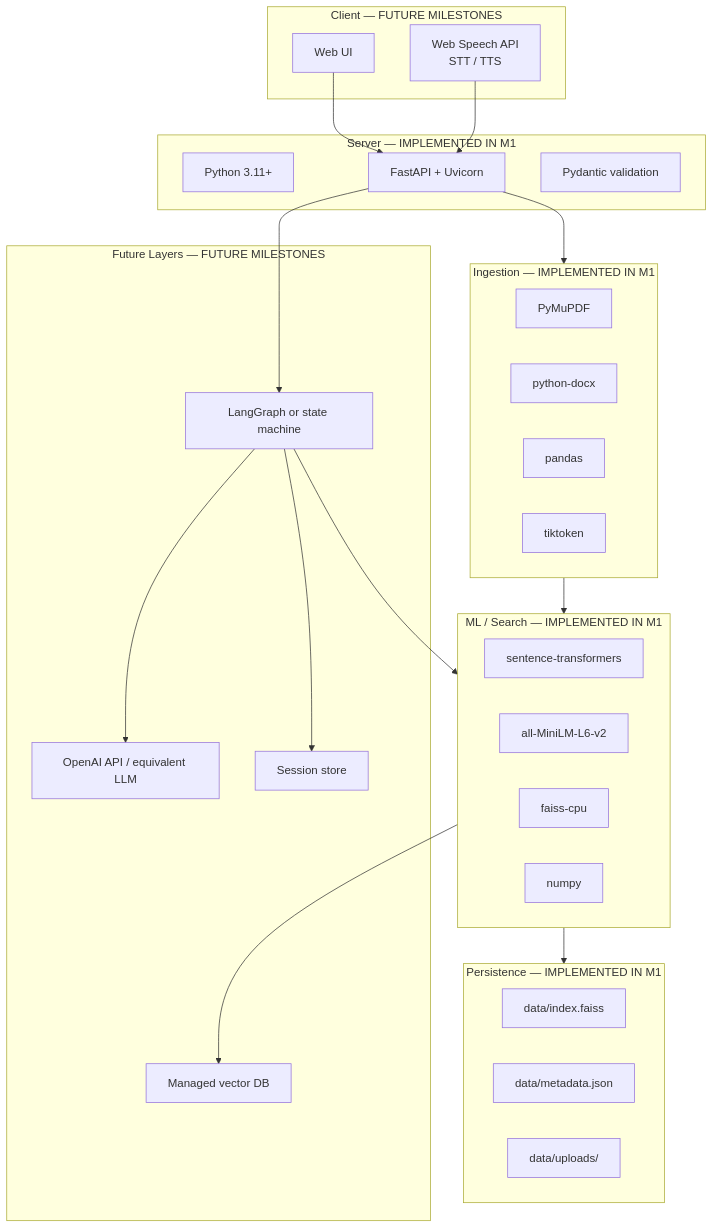
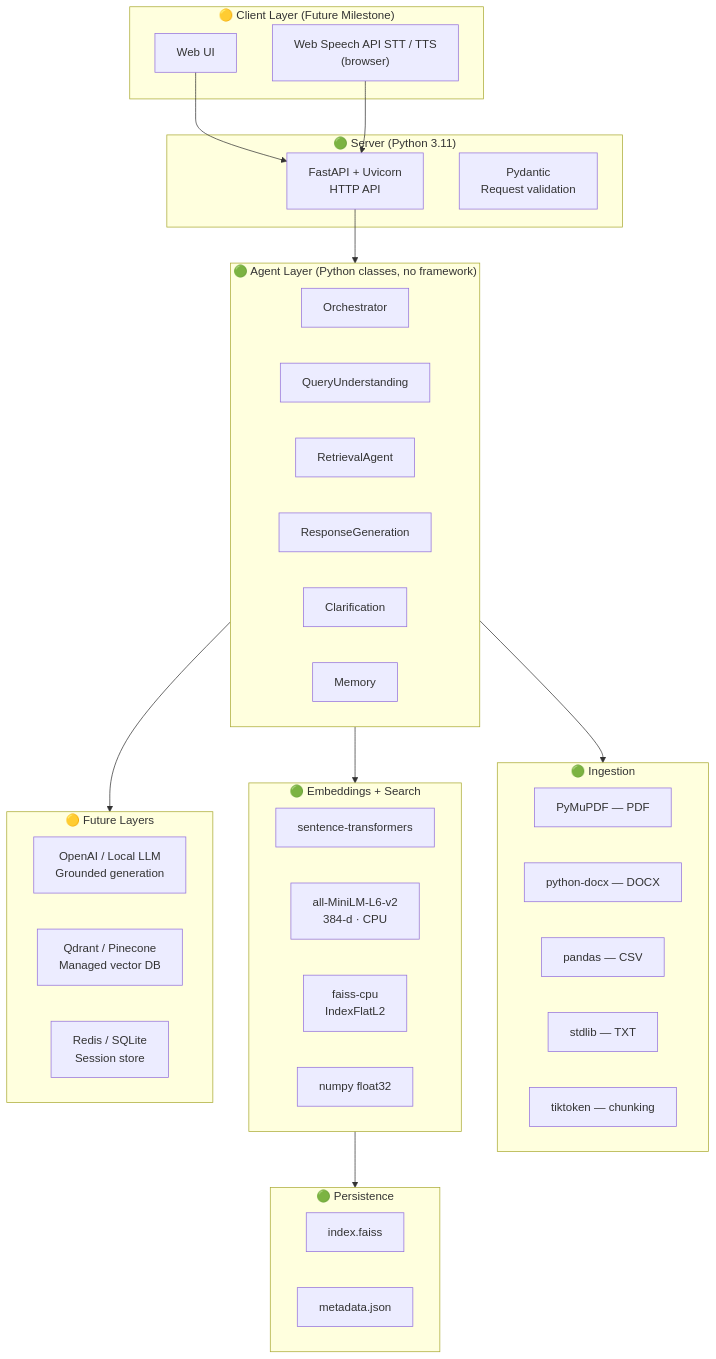
One commit to Jhansi1717/rag-multi-agent-knowledge-assistant changed the diagram in docs/tech-stack.md. Above: the diagram before and after it, drawn with Mermaid. The commit also changed other lines of this file and 6 other files, not shown here.

Commit message:
docs: rewrite all architecture and tech-stack docs with accurate M1 status and professional diagrams

````diff
--- a/docs/tech-stack.md
+++ b/docs/tech-stack.md
@@ -10,51 +11,55 @@
 ```mermaid
 flowchart TB
-    subgraph CLIENT["Client — FUTURE MILESTONES"]
+    subgraph CLIENT["🟡 Client Layer  (Future Milestone)"]
         UI["Web UI"]
-        VOICE["Web Speech API<br/>STT / TTS"]
+        VOICE["Web Speech API  STT / TTS\n(browser)"]
     end
 
-    subgraph SERVER["Server — IMPLEMENTED IN M1"]
-        PY["Python 3.11+"]
-        FA["FastAPI + Uvicorn"]
-        PM["Pydantic validation"]
+    subgraph SERVER["🟢 Server  (Python 3.11)"]
+        FA["FastAPI + Uvicorn\nHTTP API"]
+        PM["Pydantic\nRequest validation"]
     end
 
-    subgraph INGEST["Ingestion — IMPLEMENTED IN M1"]
-        PYMUPDF["PyMuPDF"]
-        DOCX["python-docx"]
-        PD["pandas"]
-        TT["tiktoken"]
+    subgraph AGENTS_BOX["🟢 Agent Layer  (Python classes, no framework)"]
+        ORCH2["Orchestrator"]
+        QU2["QueryUnderstanding"]
+        RA2["RetrievalAgent"]
+        RG2["ResponseGeneration"]
+        CLAR2["Clarification"]
+        MEM2["Memory"]
     end
 
-    subgraph ML["ML / Search — IMPLEMENTED IN M1"]
-        ST["sentence-transformers"]
-        MODEL["all-MiniLM-L6-v2"]
-        FAISS["faiss-cpu"]
-        NP["numpy"]
+    subgraph INGEST["🟢 Ingestion"]
+        PYMUPDF["PyMuPDF — PDF"]
+        DOCX["python-docx — DOCX"]
+        PD["pandas — CSV"]
+        STDLIB["stdlib — TXT"]
+        TT["tiktoken — chunking"]
     end
 
-    subgraph STORE["Persistence — IMPLEMENTED IN M1"]
-        FIDX["data/index.faiss"]
-        JSON["data/metadata.json"]
-        UP["data/uploads/"]
+    subgraph ML["🟢 Embeddings + Search"]
+        ST["sentence-transformers"]
+        MODEL["all-MiniLM-L6-v2\n384-d · CPU"]
+        FAISS["faiss-cpu\nIndexFlatL2"]
+        NP["numpy  float32"]
     end
 
-    subgraph FUTURE["Future Layers — FUTURE MILESTONES"]
-        LLM["OpenAI API / equivalent LLM"]
-        ORCH["LangGraph or state machine"]
-        VDB["Managed vector DB"]
-        SESS["Session store"]
+    subgraph STORE["🟢 Persistence"]
+        FIDX["index.faiss"]
+        JSON2["metadata.json"]
+    end
+
+    subgraph FUTURE_BOX["🟡 Future Layers"]
+        LLM["OpenAI / Local LLM\nGrounded generation"]
+        VDB["Qdrant / Pinecone\nManaged vector DB"]
+        SESS["Redis / SQLite\nSession store"]
     end
 
     UI --> FA
     VOICE --> FA
-    FA --> INGEST
-    INGEST --> ML
+    FA --> AGENTS_BOX
+    AGENTS_BOX --> INGEST
+    AGENTS_BOX --> ML
     ML --> STORE
-    FA --> ORCH
-    ORCH --> LLM
-    ORCH --> ML
-    ML --> VDB
-    ORCH --> SESS
+    AGENTS_BOX --> FUTURE_BOX
 ```
````
